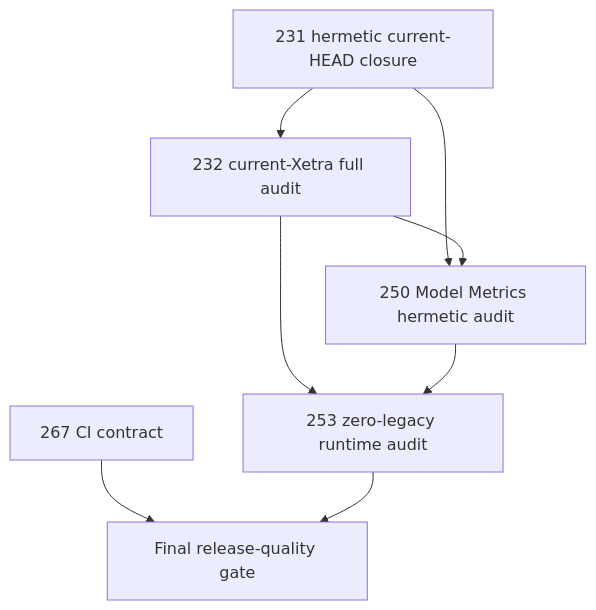
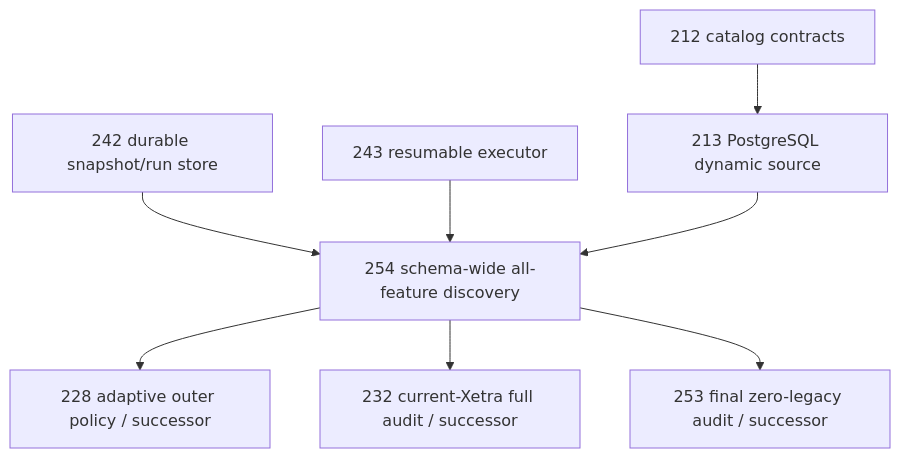
The sixth of 6 diagrams in BACKLOG.md (SergejSchweizer/regime-engine), drawn with Mermaid before and after one commit. The commit also changed other lines of this file, not shown here.

First line of the commit message:
docs(PR-327-reconcile-backlog-status): reconcile backlog with current PR git status

````diff
--- a/BACKLOG.md
+++ b/BACKLOG.md
@@ -124,10 +2682,10 @@
 ```mermaid
 flowchart TD
-    P267[267 CI contract] --> FINAL[Final release-quality gate]
-    P231[231 hermetic current-HEAD closure] --> P232[232 current-Xetra full audit]
-    P231 --> P250[250 Model Metrics hermetic audit]
-    P232 --> P250
-    P232 --> P253[253 zero-legacy runtime audit]
-    P250 --> P253
-    P253 --> FINAL
+    P212[212 catalog contracts] --> P213[213 PostgreSQL dynamic source]
+    P242[242 durable snapshot/run store] --> P254[254 schema-wide all-feature discovery]
+    P243[243 resumable executor] --> P254
+    P213 --> P254
+    P254 --> P228[228 adaptive outer policy / successor]
+    P254 --> P232[232 current-Xetra full audit / successor]
+    P254 --> P253[253 final zero-legacy audit / successor]
 ```
````
